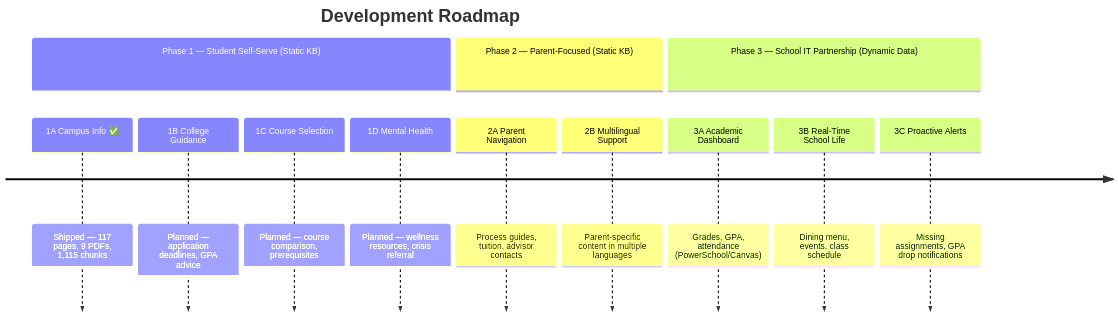
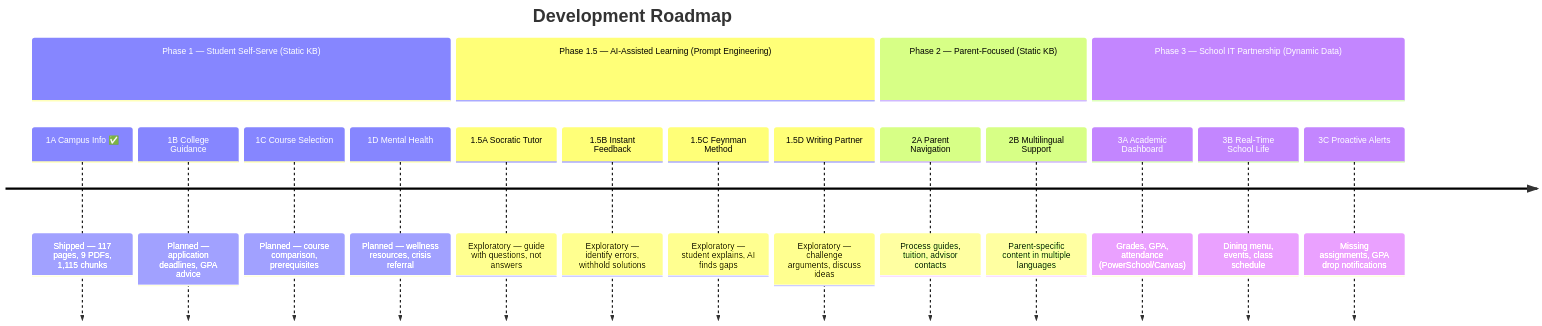
Before and after one commit to szkangjian/webb-ai: the second of 2 diagrams in docs/roadmap.md, drawn with Mermaid. The commit also changed other lines of this file and 1 other file, not shown here.

First line of the commit message:
Add Phase 1.5 AI-assisted learning to roadmap and finalize survey

````diff
--- a/docs/roadmap.md
+++ b/docs/roadmap.md
@@ -33,16 +37,21 @@
 ```mermaid
 timeline
     title Development Roadmap
     section Phase 1 — Student Self-Serve (Static KB)
         1A Campus Info ✅       : Shipped — 117 pages, 9 PDFs, 1,115 chunks
         1B College Guidance     : Planned — application deadlines, GPA advice
         1C Course Selection     : Planned — course comparison, prerequisites
         1D Mental Health        : Planned — wellness resources, crisis referral
+    section Phase 1.5 — AI-Assisted Learning (Prompt Engineering)
+        1.5A Socratic Tutor    : Exploratory — guide with questions, not answers
+        1.5B Instant Feedback   : Exploratory — identify errors, withhold solutions
+        1.5C Feynman Method     : Exploratory — student explains, AI finds gaps
+        1.5D Writing Partner    : Exploratory — challenge arguments, discuss ideas
     section Phase 2 — Parent-Focused (Static KB)
         2A Parent Navigation   : Process guides, tuition, advisor contacts
         2B Multilingual Support: Parent-specific content in multiple languages
     section Phase 3 — School IT Partnership (Dynamic Data)
         3A Academic Dashboard  : Grades, GPA, attendance (PowerSchool/Canvas)
         3B Real-Time School Life: Dining menu, events, class schedule
         3C Proactive Alerts    : Missing assignments, GPA drop notifications
 ```
````
